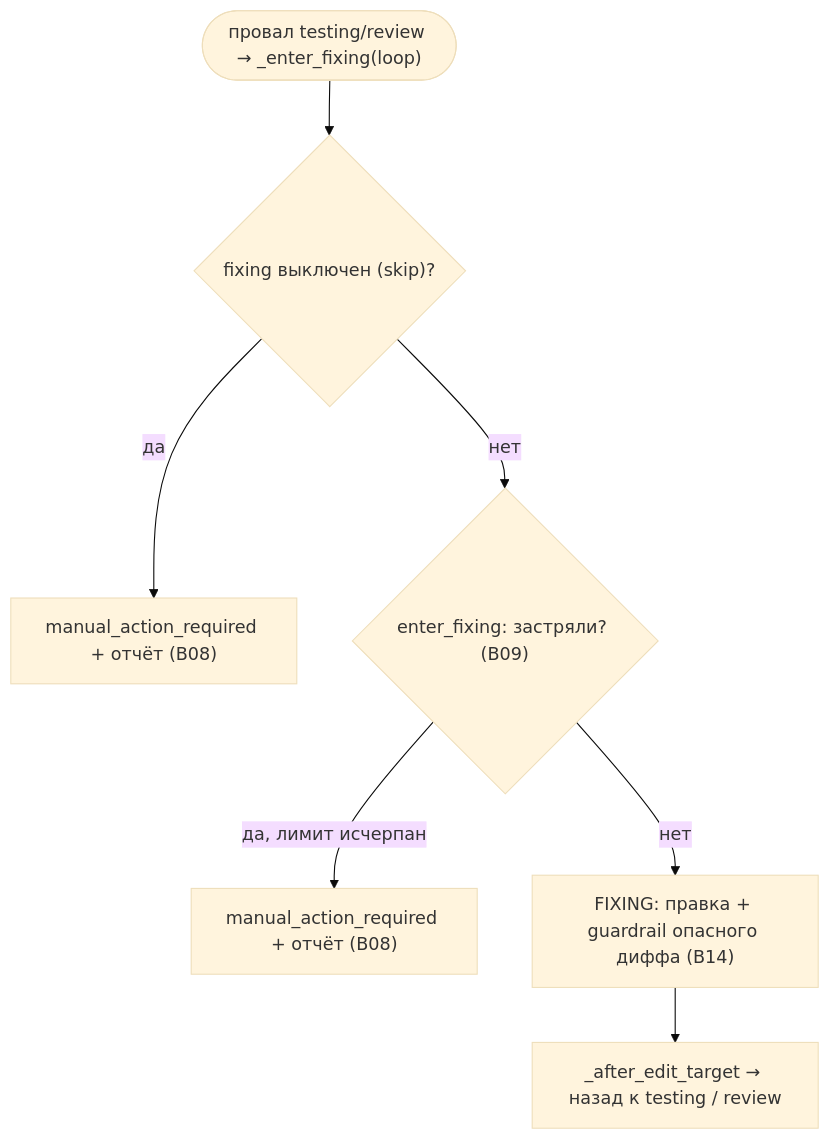
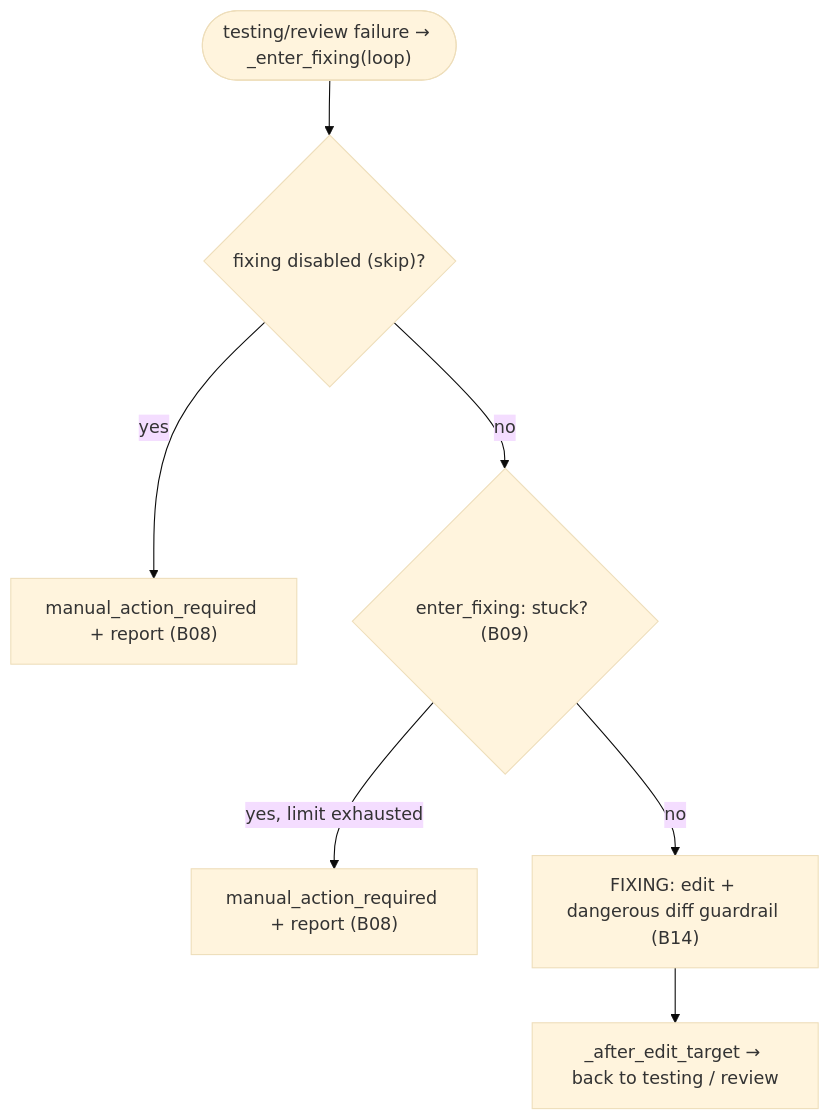
One commit to VladimirMakarevich/wastech-orchestrator changed the diagram in docs/functional/flows/coding/S06-fixing.md. Above: the diagram before and after it, drawn with Mermaid (base theme). The commit also changed other lines of this file and 41 other files, not shown here.

Commit message:
docs: translate system flows documentation from Russian to English, ensuring clarity and consistency in terminology. Update sequence diagrams and flowcharts to reflect the changes in language. Maintain the structure and references to blocks for ease of navigation.

````diff
--- a/docs/functional/flows/coding/S06-fixing.md
+++ b/docs/functional/flows/coding/S06-fixing.md
@@ -38,9 +38,9 @@
 ```mermaid
 flowchart TB
-    start(["провал testing/review → _enter_fixing(loop)"]) --> skip{"fixing выключен (skip)?"}
-    skip -->|да| man1["manual_action_required + отчёт (B08)"]
-    skip -->|нет| dec{"enter_fixing: застряли? (B09)"}
-    dec -->|"да, лимит исчерпан"| man2["manual_action_required + отчёт (B08)"]
-    dec -->|нет| fix["FIXING: правка + guardrail опасного диффа (B14)"]
-    fix --> back["_after_edit_target → назад к testing / review"]
+    start(["testing/review failure → _enter_fixing(loop)"]) --> skip{"fixing disabled (skip)?"}
+    skip -->|yes| man1["manual_action_required + report (B08)"]
+    skip -->|no| dec{"enter_fixing: stuck? (B09)"}
+    dec -->|"yes, limit exhausted"| man2["manual_action_required + report (B08)"]
+    dec -->|no| fix["FIXING: edit + dangerous diff guardrail (B14)"]
+    fix --> back["_after_edit_target → back to testing / review"]
 ```
````
